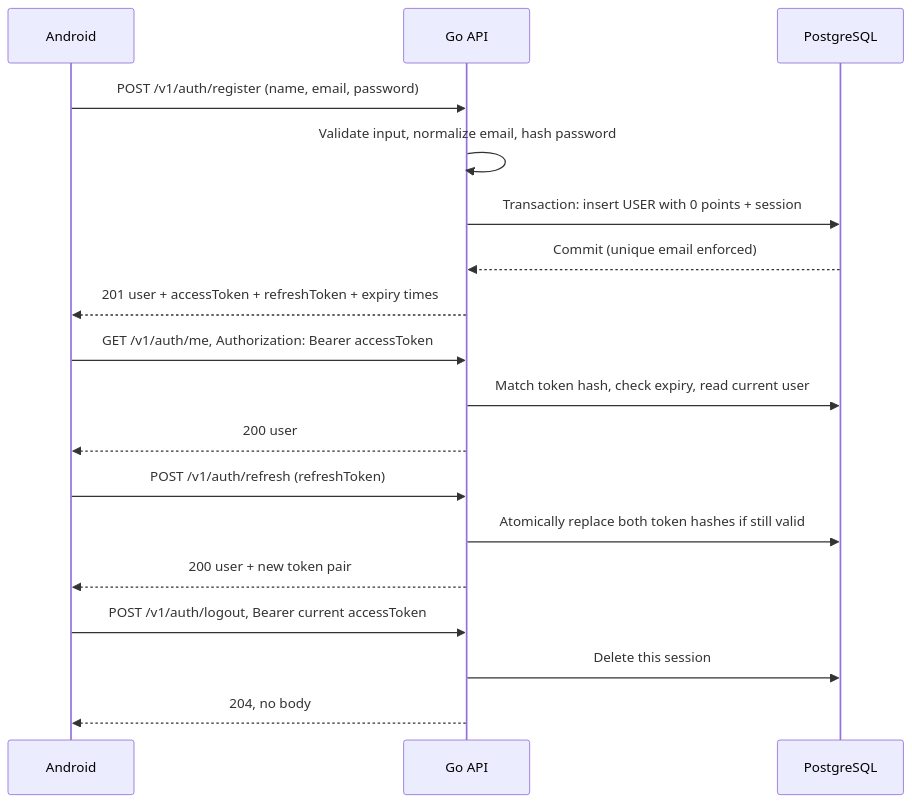
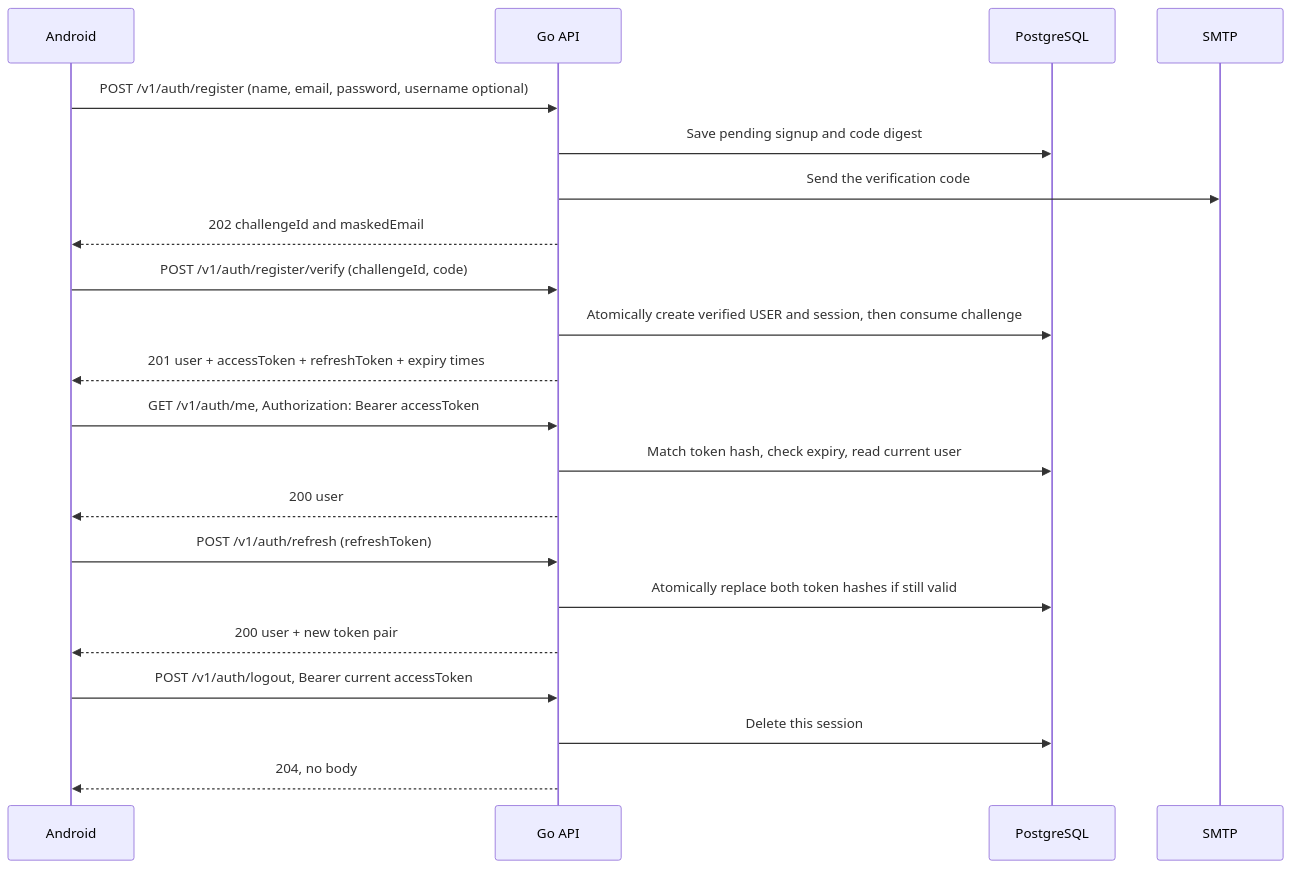
One commit to arsyad429/Loopy-Give-Your-Clothes-a-Second-Life changed the diagram in docs/auth-go.md. Above: the diagram before and after it, drawn with Mermaid. The commit also changed other lines of this file and 55 other files, not shown here.

Commit message:
Integrate email verification and account screens

````diff
--- a/docs/auth-go.md
+++ b/docs/auth-go.md
@@ -7,20 +7,23 @@
 ```mermaid
 sequenceDiagram
     participant A as Android
     participant G as Go API
     participant P as PostgreSQL
-    A->>G: POST /v1/auth/register (name, email, password)
-    G->>G: Validate input, normalize email, hash password
-    G->>P: Transaction: insert USER with 0 points + session
-    P-->>G: Commit (unique email enforced)
+    participant M as SMTP
+    A->>G: POST /v1/auth/register (name, email, password, username optional)
+    G->>P: Save pending signup and code digest
+    G->>M: Send the verification code
+    G-->>A: 202 challengeId and maskedEmail
+    A->>G: POST /v1/auth/register/verify (challengeId, code)
+    G->>P: Atomically create verified USER and session, then consume challenge
     G-->>A: 201 user + accessToken + refreshToken + expiry times
     A->>G: GET /v1/auth/me, Authorization: Bearer accessToken
     G->>P: Match token hash, check expiry, read current user
     G-->>A: 200 user
     A->>G: POST /v1/auth/refresh (refreshToken)
     G->>P: Atomically replace both token hashes if still valid
     G-->>A: 200 user + new token pair
     A->>G: POST /v1/auth/logout, Bearer current accessToken
     G->>P: Delete this session
     G-->>A: 204, no body
 ```
````
